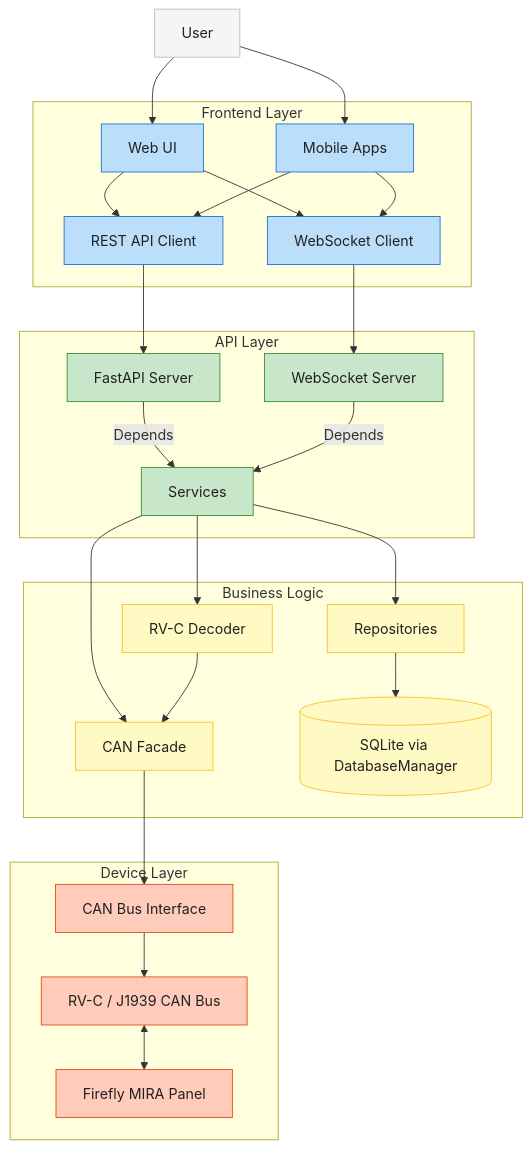
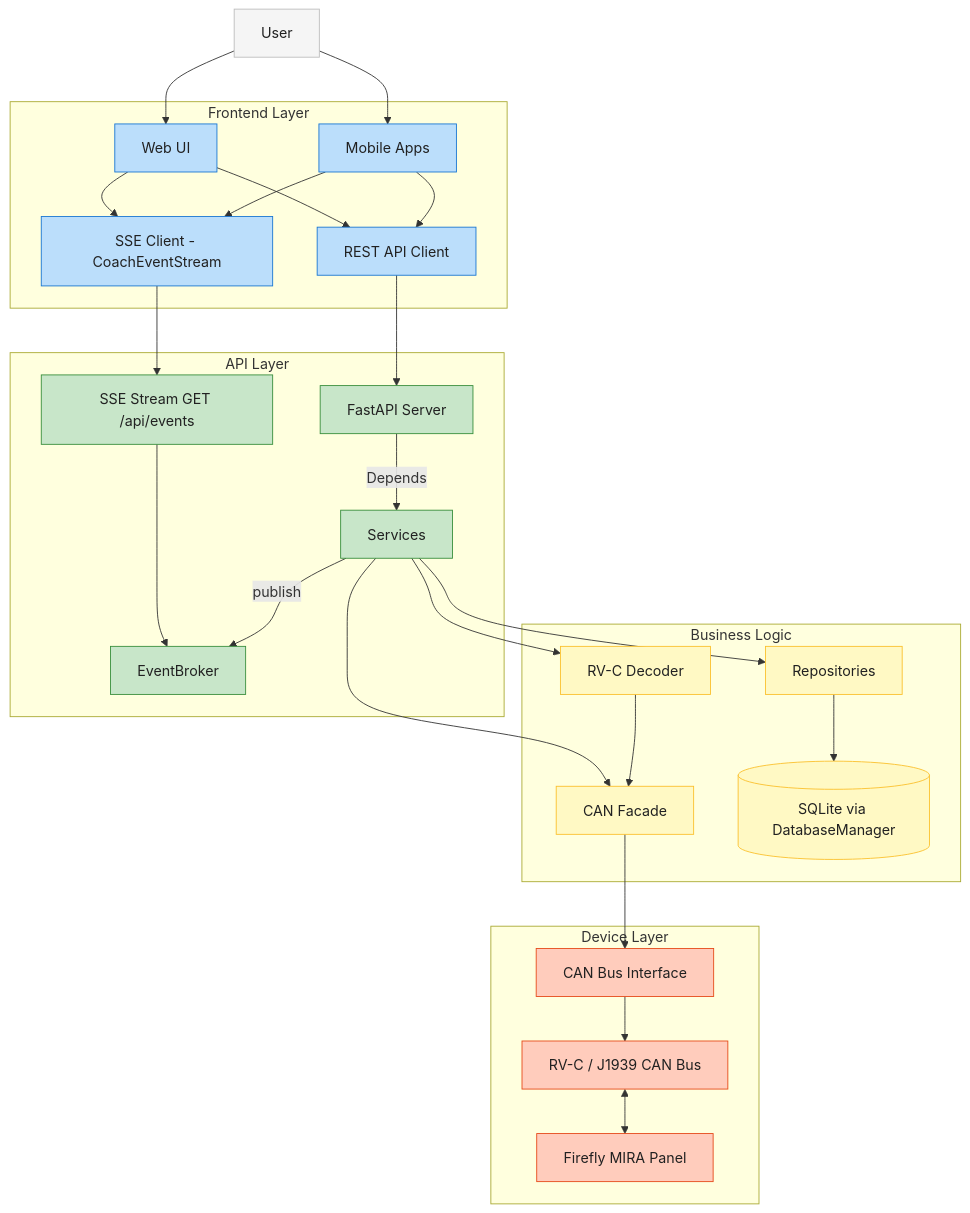
The diagram in docs/architecture/overview.md (carpenike/coachiq), drawn with Mermaid before and after one commit. The commit also changed other lines of this file and 32 other files, not shown here.

````diff
--- a/docs/architecture/overview.md
+++ b/docs/architecture/overview.md
@@ -9,45 +9,46 @@
 ```mermaid
 graph TD
     User[User] --> WebUI[Web UI]
     User --> MobileApp[Mobile Apps]
 
     subgraph "Frontend Layer"
         WebUI --> REST[REST API Client]
-        WebUI --> WS[WebSocket Client]
+        WebUI --> SSE[SSE Client - CoachEventStream]
         MobileApp --> REST
-        MobileApp --> WS
+        MobileApp --> SSE
     end
 
     subgraph "API Layer"
         REST --> FastAPI[FastAPI Server]
-        WS --> WSServer[WebSocket Server]
+        SSE --> Events[SSE Stream GET /api/events]
+        Events --> Broker[EventBroker]
         FastAPI -->|Depends| Services[Services]
-        WSServer -->|Depends| Services
     end
 
     subgraph "Business Logic"
+        Services -->|publish| Broker
         Services --> Repos[Repositories]
         Services --> Decoder[RV-C Decoder]
         Services --> CANFacade[CAN Facade]
         Repos --> SQL[(SQLite via DatabaseManager)]
     end
 
     subgraph "Device Layer"
         Decoder --> CANFacade
         CANFacade --> CANInterface[CAN Bus Interface]
         CANInterface --> RVCBus[RV-C / J1939 CAN Bus]
         RVCBus <--> Firefly[Firefly MIRA Panel]
     end
 
     classDef user fill:#f5f5f5,stroke:#bdbdbd,color:#212121;
     classDef frontend fill:#bbdefb,stroke:#1976d2,color:#212121;
     classDef api fill:#c8e6c9,stroke:#388e3c,color:#212121;
     classDef logic fill:#fff9c4,stroke:#fbc02d,color:#212121;
     classDef device fill:#ffccbc,stroke:#e64a19,color:#212121;
 
     class User user;
-    class WebUI,MobileApp,REST,WS frontend;
-    class FastAPI,WSServer,Services api;
+    class WebUI,MobileApp,REST,SSE frontend;
+    class FastAPI,Events,Broker,Services api;
     class Repos,Decoder,CANFacade,SQL logic;
     class CANInterface,RVCBus,Firefly device;
 ```
````
